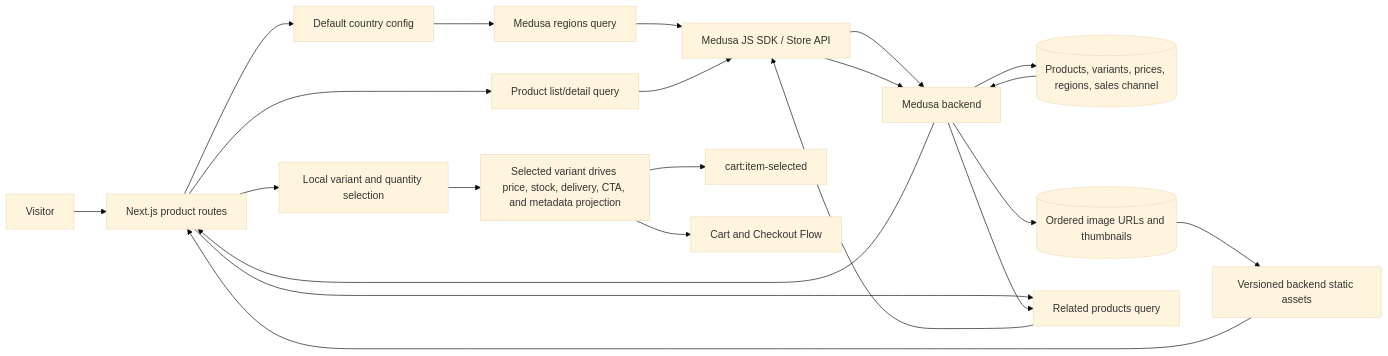
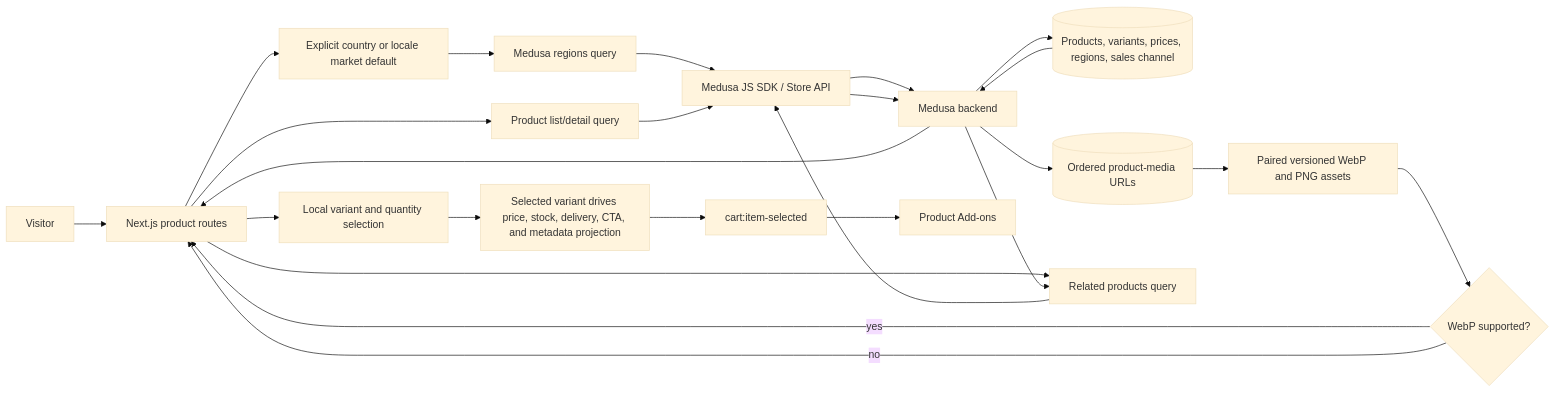
One commit to AtoshaKartosha/sunluk changed the third of 3 diagrams in flows/features/catalog-browsing.md. Above: the diagram before and after it, drawn with Mermaid (base theme). The commit also changed other lines of this file and 74 other files, not shown here.

````diff
--- a/flows/features/catalog-browsing.md
+++ b/flows/features/catalog-browsing.md
@@ -107,24 +123,26 @@
 ```mermaid
 flowchart LR
   Visitor[Visitor] --> UI[Next.js product routes]
-  UI --> Config[Default country config]
+  UI --> Config[Explicit country or locale market default]
   Config --> RegionQuery[Medusa regions query]
   RegionQuery --> SDK[Medusa JS SDK / Store API]
   UI --> ProductQuery[Product list/detail query]
   ProductQuery --> SDK
   SDK --> Backend[Medusa backend]
   Backend --> Catalog[(Products, variants, prices, regions, sales channel)]
-  Backend --> Media[(Ordered image URLs and thumbnails)]
-  Media --> Assets[Versioned backend static assets]
-  Assets --> UI
+  Backend --> Media[(Ordered product-media URLs)]
+  Media --> Assets[Paired versioned WebP and PNG assets]
+  Assets --> BrowserChoice{WebP supported?}
+  BrowserChoice -->|yes| UI
+  BrowserChoice -->|no| UI
   Catalog --> Backend
   Backend --> UI
   UI --> Selection[Local variant and quantity selection]
   Selection --> Projection[Selected variant drives price, stock, delivery, CTA, and metadata projection]
   Projection --> Event[cart:item-selected]
+  Event --> Addons[Product Add-ons]
   UI --> Related[Related products query]
   Related --> SDK
   SDK --> Backend[Medusa backend]
   Backend --> Related
-  Projection --> Cart[Cart and Checkout Flow]
 ```
````
